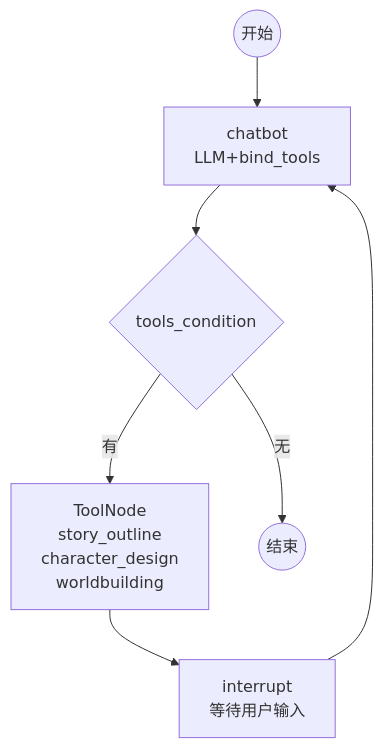
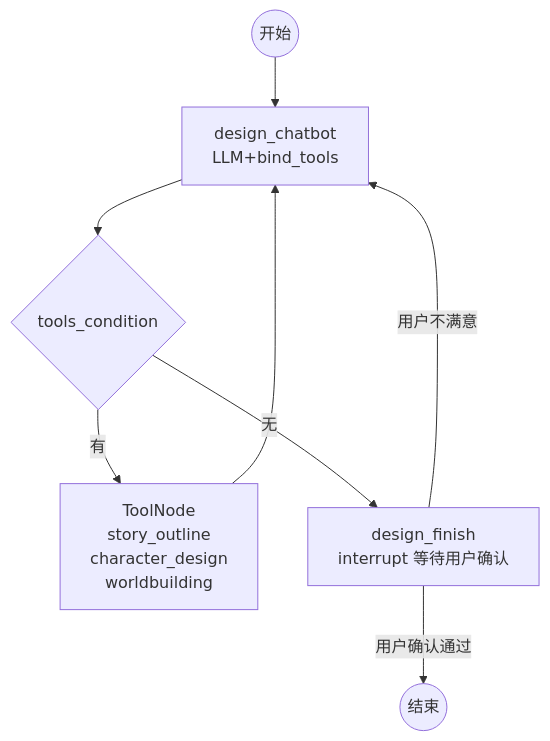
Before and after one commit to 30998772/novelist: the diagram in langgraph-writer/docs/subgraph_设计.mmd, drawn with Mermaid. The commit also changed 30 other files, not shown here.

```diff
--- a/langgraph-writer/docs/subgraph_设计.mmd
+++ b/langgraph-writer/docs/subgraph_设计.mmd
@@ -1,7 +1,8 @@
 graph TB
-    START((开始)) --> CHATBOT["chatbot<br/>LLM+bind_tools"]
+    START((开始)) --> CHATBOT["design_chatbot<br/>LLM+bind_tools"]
     CHATBOT --> TC{"tools_condition"}
     TC -- "有" --> TOOLS["ToolNode<br/>story_outline<br/>character_design<br/>worldbuilding"]
-    TC -- "无" --> END((结束))
-    TOOLS --> INTERRUPT["interrupt<br/>等待用户输入"]
-    INTERRUPT --> CHATBOT
+    TC -- "无" --> FINISH["design_finish<br/>interrupt 等待用户确认"]
+    TOOLS --> CHATBOT
+    FINISH -- "用户确认通过" --> END((结束))
+    FINISH -- "用户不满意" --> CHATBOT
```
